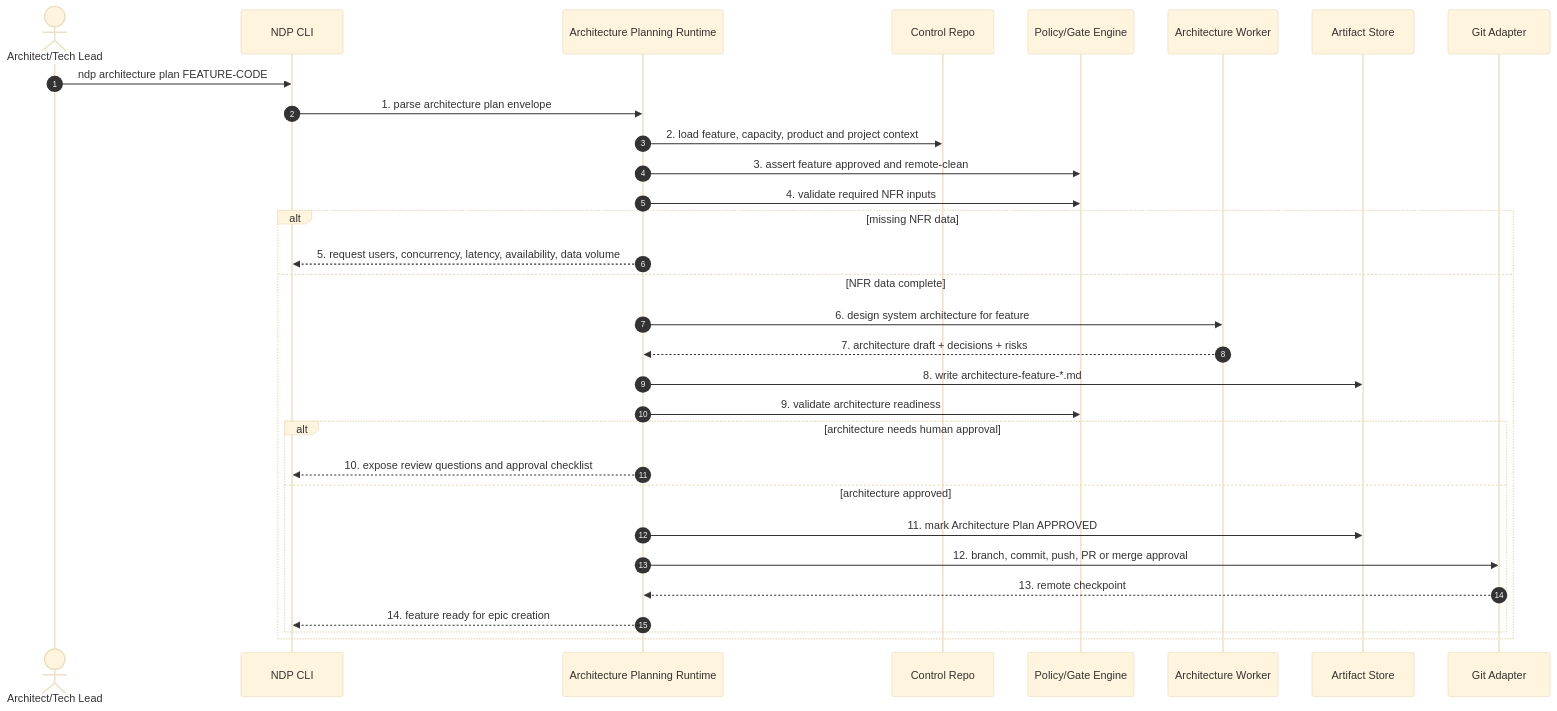
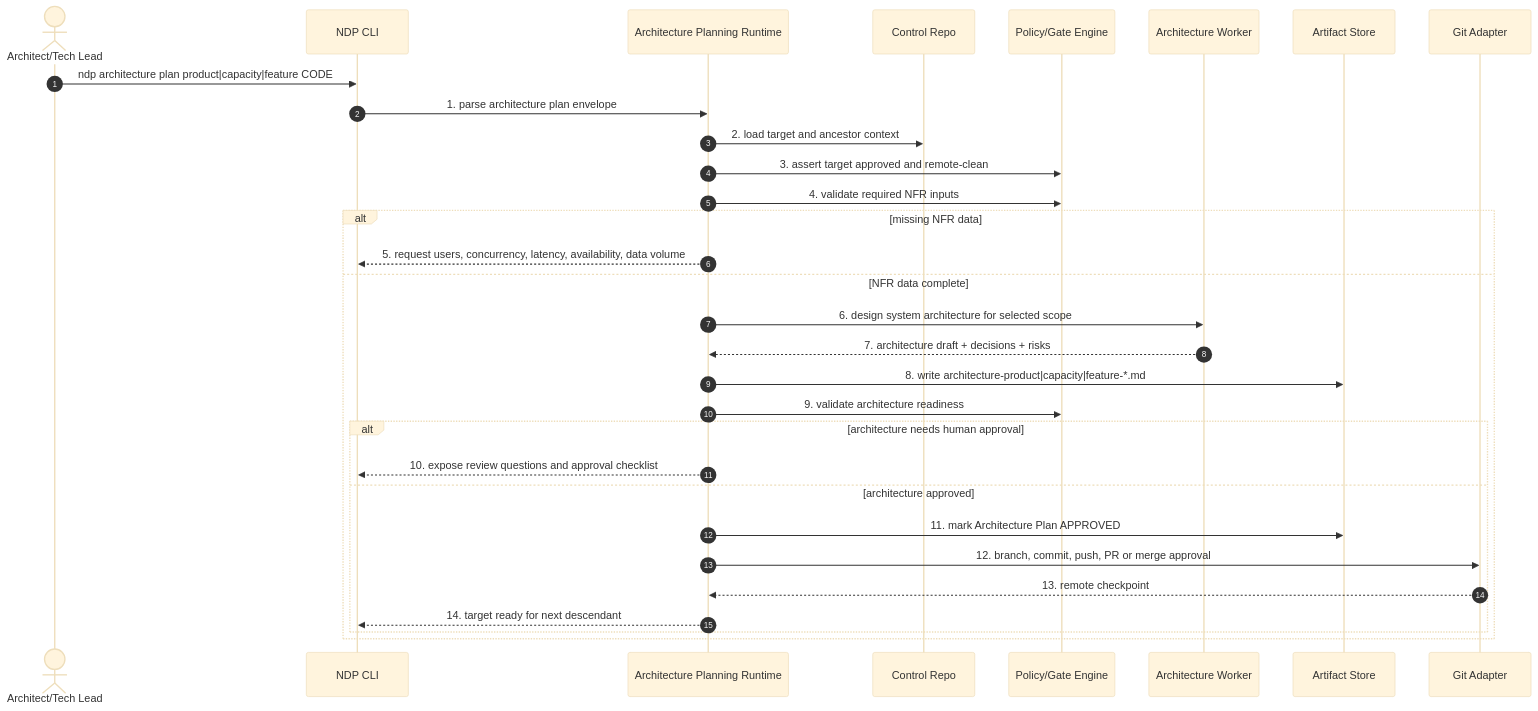
Before and after one commit to review-bench/edercnj_ia-dev-environment: the fourth of 11 diagrams in docs/ndp-strategic-plan-v3.md, drawn with Mermaid (base theme). The commit also changed other lines of this file, not shown here.

First line of the commit message:
docs(ndp): update strategic plan with architectural definitions and traceability chain

````diff
--- a/docs/ndp-strategic-plan-v3.md
+++ b/docs/ndp-strategic-plan-v3.md
@@ -519,34 +561,34 @@
 ```mermaid
 sequenceDiagram
   autonumber
   actor User as Architect/Tech Lead
   participant CLI as NDP CLI
   participant RT as Architecture Planning Runtime
   participant Repo as Control Repo
   participant Gate as Policy/Gate Engine
   participant LLM as Architecture Worker
   participant Art as Artifact Store
   participant Git as Git Adapter
 
-  User->>CLI: ndp architecture plan FEATURE-CODE
+  User->>CLI: ndp architecture plan product|capacity|feature CODE
   CLI->>RT: 1. parse architecture plan envelope
-  RT->>Repo: 2. load feature, capacity, product and project context
-  RT->>Gate: 3. assert feature approved and remote-clean
+  RT->>Repo: 2. load target and ancestor context
+  RT->>Gate: 3. assert target approved and remote-clean
   RT->>Gate: 4. validate required NFR inputs
   alt missing NFR data
     RT-->>CLI: 5. request users, concurrency, latency, availability, data volume
   else NFR data complete
-    RT->>LLM: 6. design system architecture for feature
+    RT->>LLM: 6. design system architecture for selected scope
     LLM-->>RT: 7. architecture draft + decisions + risks
-    RT->>Art: 8. write architecture-feature-*.md
+    RT->>Art: 8. write architecture-product|capacity|feature-*.md
     RT->>Gate: 9. validate architecture readiness
     alt architecture needs human approval
       RT-->>CLI: 10. expose review questions and approval checklist
     else architecture approved
       RT->>Art: 11. mark Architecture Plan APPROVED
       RT->>Git: 12. branch, commit, push, PR or merge approval
       Git-->>RT: 13. remote checkpoint
-      RT-->>CLI: 14. feature ready for epic creation
+      RT-->>CLI: 14. target ready for next descendant
     end
   end
 ```
````
